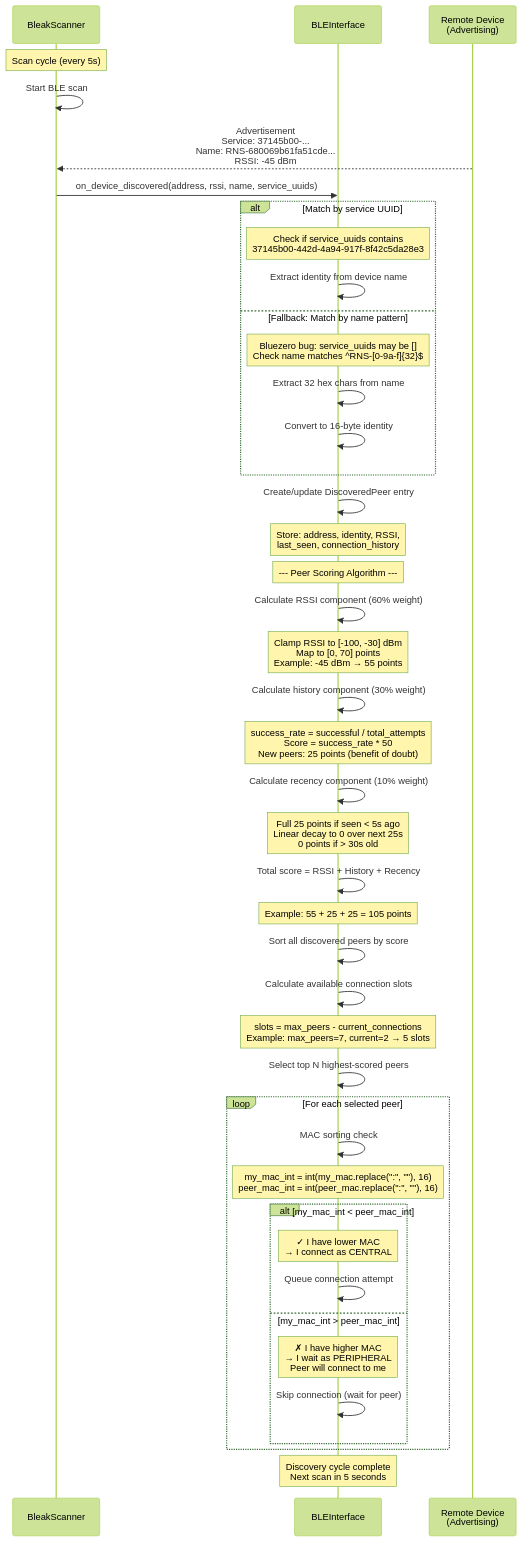
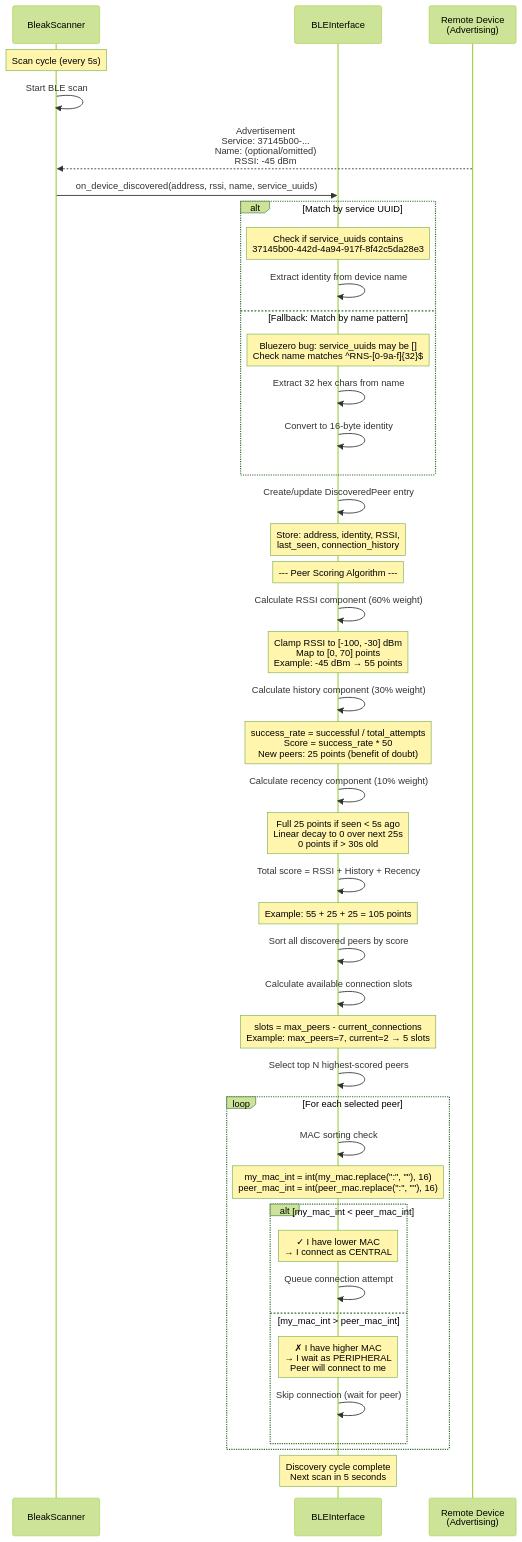
The second of 5 diagrams in BLE_PROTOCOL_v2.2.md (torlando-tech/ble-reticulum), drawn with Mermaid (forest theme) before and after one commit. The commit also changed other lines of this file and 4 other files, not shown here.

````diff
--- a/BLE_PROTOCOL_v2.2.md
+++ b/BLE_PROTOCOL_v2.2.md
@@ -1434,61 +1422,61 @@
 ```mermaid
 sequenceDiagram
     participant Scanner as BleakScanner
     participant BLE as BLEInterface
     participant Peer as Remote Device<br/>(Advertising)
 
     Note over Scanner: Scan cycle (every 5s)
     Scanner->>Scanner: Start BLE scan
 
-    Peer-->>Scanner: Advertisement<br/>Service: 37145b00-...<br/>Name: RNS-680069b61fa51cde...<br/>RSSI: -45 dBm
+    Peer-->>Scanner: Advertisement<br/>Service: 37145b00-...<br/>Name: (optional/omitted)<br/>RSSI: -45 dBm
 
     Scanner->>BLE: on_device_discovered(address, rssi, name, service_uuids)
 
     alt Match by service UUID
         Note over BLE: Check if service_uuids contains<br/>37145b00-442d-4a94-917f-8f42c5da28e3
         BLE->>BLE: Extract identity from device name
     else Fallback: Match by name pattern
         Note over BLE: Bluezero bug: service_uuids may be []<br/>Check name matches ^RNS-[0-9a-f]{32}$
         BLE->>BLE: Extract 32 hex chars from name
         BLE->>BLE: Convert to 16-byte identity
     end
 
     BLE->>BLE: Create/update DiscoveredPeer entry
     Note over BLE: Store: address, identity, RSSI,<br/>last_seen, connection_history
 
     Note over BLE: --- Peer Scoring Algorithm ---
 
     BLE->>BLE: Calculate RSSI component (60% weight)
     Note over BLE: Clamp RSSI to [-100, -30] dBm<br/>Map to [0, 70] points<br/>Example: -45 dBm → 55 points
 
     BLE->>BLE: Calculate history component (30% weight)
     Note over BLE: success_rate = successful / total_attempts<br/>Score = success_rate * 50<br/>New peers: 25 points (benefit of doubt)
 
     BLE->>BLE: Calculate recency component (10% weight)
     Note over BLE: Full 25 points if seen < 5s ago<br/>Linear decay to 0 over next 25s<br/>0 points if > 30s old
 
     BLE->>BLE: Total score = RSSI + History + Recency
     Note over BLE: Example: 55 + 25 + 25 = 105 points
 
     BLE->>BLE: Sort all discovered peers by score
 
     BLE->>BLE: Calculate available connection slots
     Note over BLE: slots = max_peers - current_connections<br/>Example: max_peers=7, current=2 → 5 slots
 
     BLE->>BLE: Select top N highest-scored peers
 
     loop For each selected peer
         BLE->>BLE: MAC sorting check
         Note over BLE: my_mac_int = int(my_mac.replace(":", ""), 16)<br/>peer_mac_int = int(peer_mac.replace(":", ""), 16)
 
         alt my_mac_int < peer_mac_int
             Note over BLE: ✓ I have lower MAC<br/>→ I connect as CENTRAL
             BLE->>BLE: Queue connection attempt
         else my_mac_int > peer_mac_int
             Note over BLE: ✗ I have higher MAC<br/>→ I wait as PERIPHERAL<br/>Peer will connect to me
             BLE->>BLE: Skip connection (wait for peer)
         end
     end
 
     Note over BLE: Discovery cycle complete<br/>Next scan in 5 seconds
 ```
````
